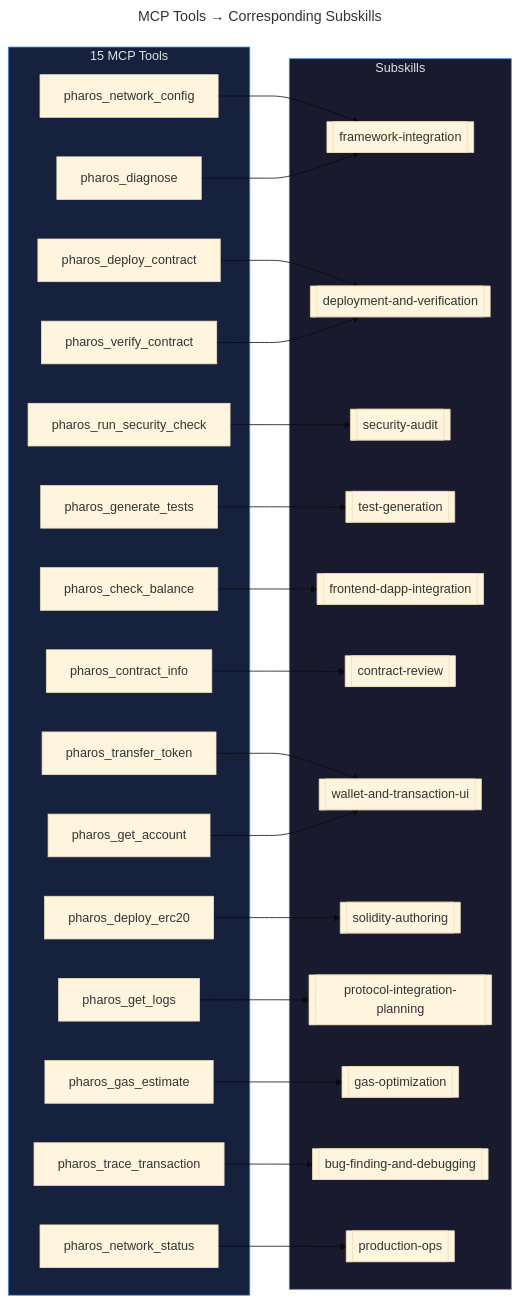
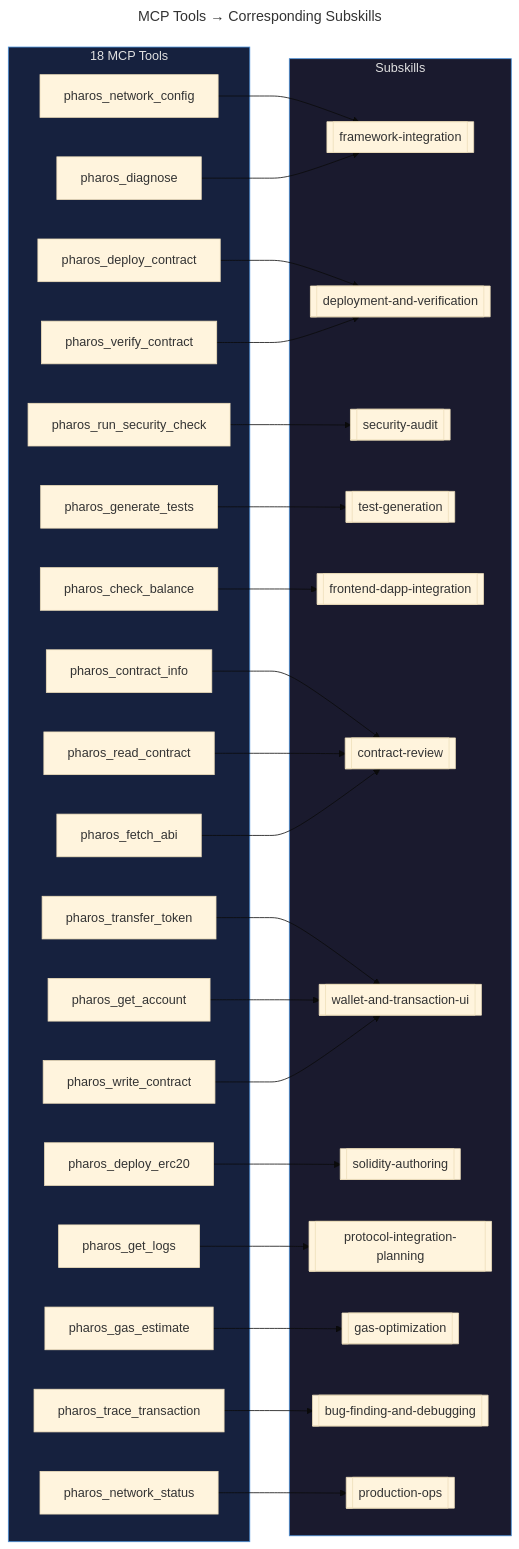
Before and after one commit to tejas0111/Pharos: the fourth of 5 diagrams in CASCADE.md, drawn with Mermaid (base theme). The commit also changed other lines of this file and 37 other files, not shown here.

Commit message:
harden: timeout, ABI cache, validateBlockTag, 18 tools, subskill purge, docs parity

````diff
--- a/CASCADE.md
+++ b/CASCADE.md
@@ -177,57 +176,63 @@
 ```mermaid
 ---
 title: MCP Tools → Corresponding Subskills
 ---
 flowchart LR
-    subgraph Tools["15 MCP Tools"]
+    subgraph Tools["18 MCP Tools"]
         T1[pharos_network_config]
         T2[pharos_deploy_contract]
         T3[pharos_verify_contract]
         T4[pharos_run_security_check]
         T5[pharos_generate_tests]
         T6[pharos_check_balance]
         T7[pharos_contract_info]
         T8[pharos_transfer_token]
         T9[pharos_deploy_erc20]
         T10[pharos_get_logs]
         T11[pharos_diagnose]
         T12[pharos_get_account]
         T13[pharos_gas_estimate]
         T14[pharos_trace_transaction]
         T15[pharos_network_status]
+        T16[pharos_read_contract]
+        T17[pharos_write_contract]
+        T18[pharos_fetch_abi]
     end
 
     subgraph Skills["Subskills"]
         S1[[framework-integration]]
         S2[[deployment-and-verification]]
         S3[[security-audit]]
         S4[[test-generation]]
         S5[[frontend-dapp-integration]]
         S6[[contract-review]]
         S7[[wallet-and-transaction-ui]]
         S8[[solidity-authoring]]
         S9[[protocol-integration-planning]]
         S10[[gas-optimization]]
         S11[[bug-finding-and-debugging]]
         S12[[production-ops]]
     end
 
     T1 --> S1
     T2 --> S2
     T3 --> S2
     T4 --> S3
     T5 --> S4
     T6 --> S5
     T7 --> S6
     T8 --> S7
     T9 --> S8
     T10 --> S9
     T11 --> S1
     T12 --> S7
     T13 --> S10
     T14 --> S11
     T15 --> S12
+    T16 --> S6
+    T17 --> S7
+    T18 --> S6
 
     style Tools fill:#16213e,color:#e0e0e0,stroke:#4a90d9
     style Skills fill:#1a1a2e,color:#e0e0e0,stroke:#4a90d9
 ```
````
